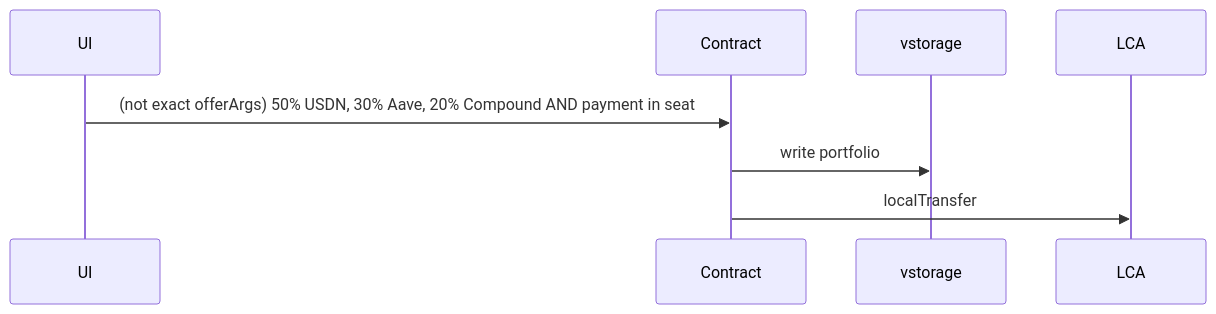
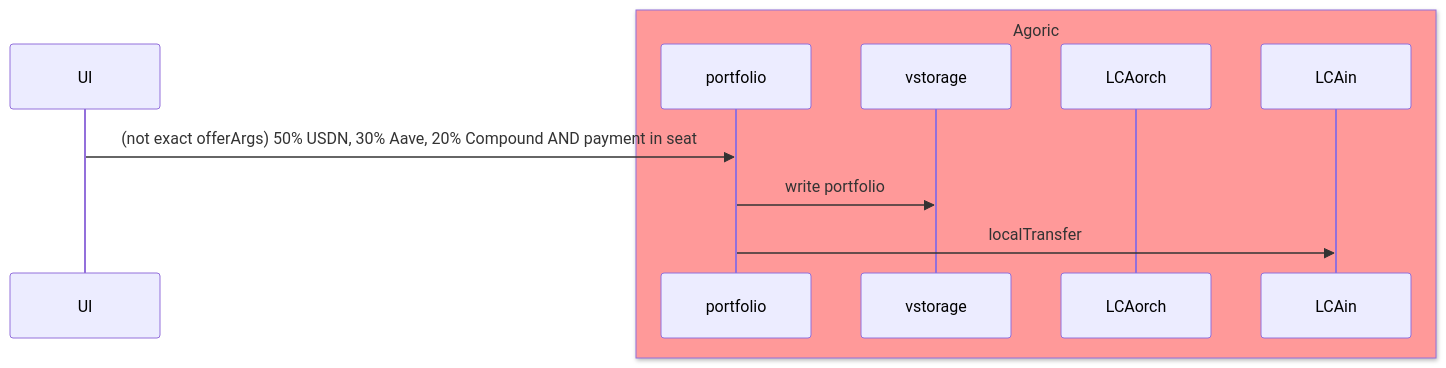
Before and after one commit to Agoric/agoric-sdk: the fourth of 6 diagrams in packages/portfolio-contract/DESIGN-BETA.md, drawn with Mermaid. The commit also changed other lines of this file, not shown here.

Commit message:
docs(portfolio-contract): update sequence diagrams

````diff
--- a/packages/portfolio-contract/DESIGN-BETA.md
+++ b/packages/portfolio-contract/DESIGN-BETA.md
@@ -50,6 +64,14 @@
 ```mermaid
 sequenceDiagram
-  UI ->> Contract: (not exact offerArgs) 50% USDN, 30% Aave, 20% Compound AND payment in seat
-  Contract ->> vstorage: write portfolio
-  Contract ->> LCA: localTransfer
+  UI ->> portfolio: (not exact offerArgs) 50% USDN, 30% Aave, 20% Compound AND payment in seat
+
+  box rgb(255,153,153) Agoric
+    participant portfolio
+    participant vstorage
+    participant LCAorch
+    participant LCAin
+  end
+
+  portfolio ->> vstorage: write portfolio
+  portfolio ->> LCAin: localTransfer
 ```
````
